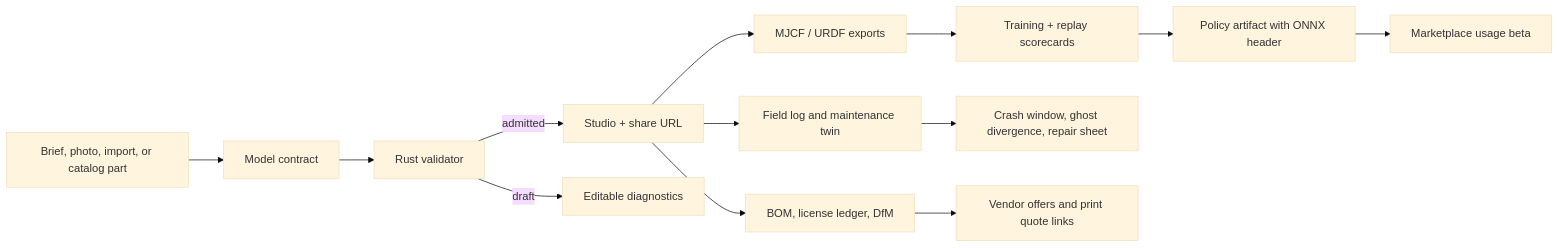
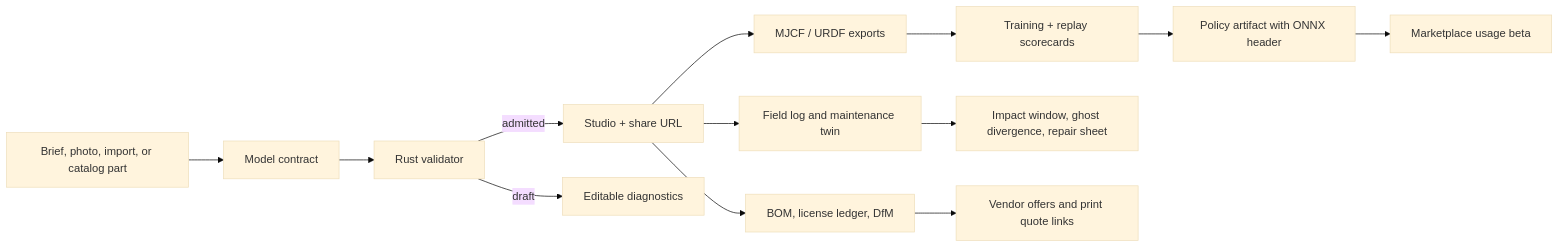
One commit to RNT56/TTC changed the second of 5 diagrams in README.md. Above: the diagram before and after it, drawn with Mermaid (base theme). The commit also changed other lines of this file, not shown here.

````diff
--- a/README.md
+++ b/README.md
@@ -92,15 +163,15 @@
 ```mermaid
 flowchart LR
   A["Brief, photo, import, or catalog part"] --> B["Model contract"]
   B --> C["Rust validator"]
   C -->|admitted| D["Studio + share URL"]
   C -->|draft| E["Editable diagnostics"]
   D --> F["BOM, license ledger, DfM"]
   D --> G["MJCF / URDF exports"]
   G --> H["Training + replay scorecards"]
   H --> I["Policy artifact with ONNX header"]
   I --> J["Marketplace usage beta"]
   D --> K["Field log and maintenance twin"]
-  K --> L["Crash window, ghost divergence, repair sheet"]
+  K --> L["Impact window, ghost divergence, repair sheet"]
   F --> M["Vendor offers and print quote links"]
 ```
````
